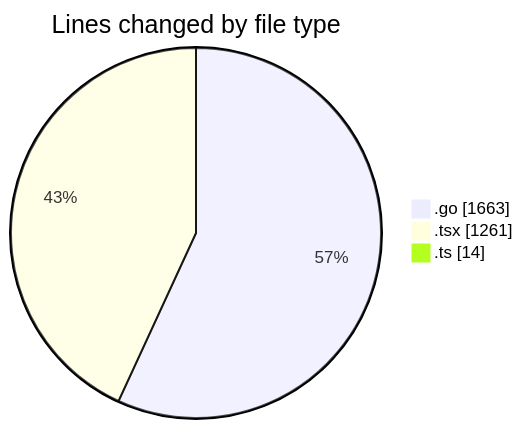
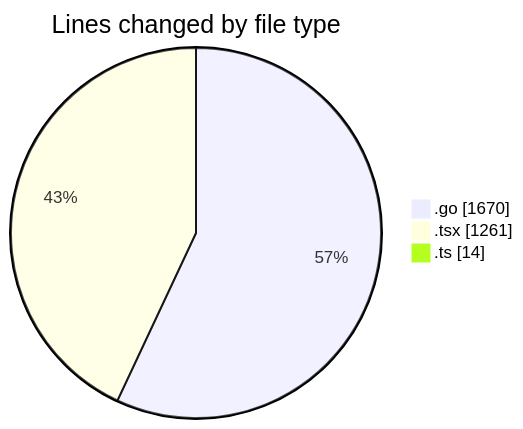
Before and after one commit to robertbonfada/code-tracking: the first of 2 diagrams in 2025-03-05/termonied_testador/README.md, drawn with Mermaid. The commit also changed other lines of this file and 1 other file, not shown here.

````diff
--- a/2025-03-05/termonied_testador/README.md
+++ b/2025-03-05/termonied_testador/README.md
@@ -31,7 +31,7 @@
 ```mermaid
 pie showData
 title Lines changed by file type
-".go" : 1663
+".go" : 1670
 ".tsx" : 1261
 ".ts" : 14
 ```
````
